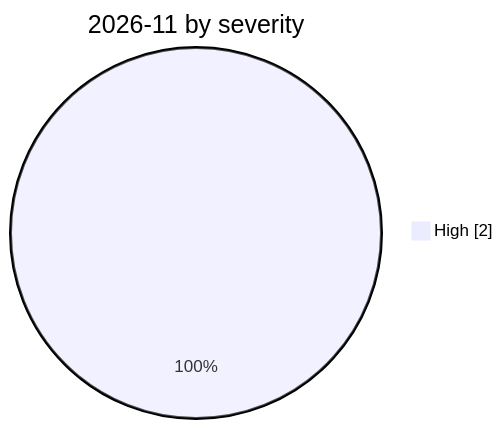
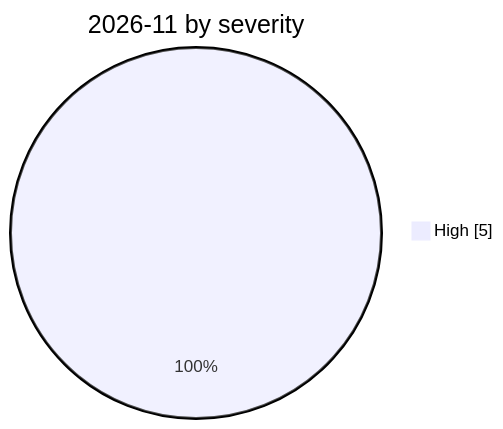
The diagram in incidents/2026-11/README.md (Continuum-AI-Corp/Orca-AI-Incident-Archive), drawn with Mermaid before and after one commit. The commit also changed other lines of this file and 37 other files, not shown here.

````diff
--- a/incidents/2026-11/README.md
+++ b/incidents/2026-11/README.md
@@ -8,5 +8,5 @@
 ```mermaid
 pie showData
     title 2026-11 by severity
-    "High" : 2
+    "High" : 5
 ```
````
